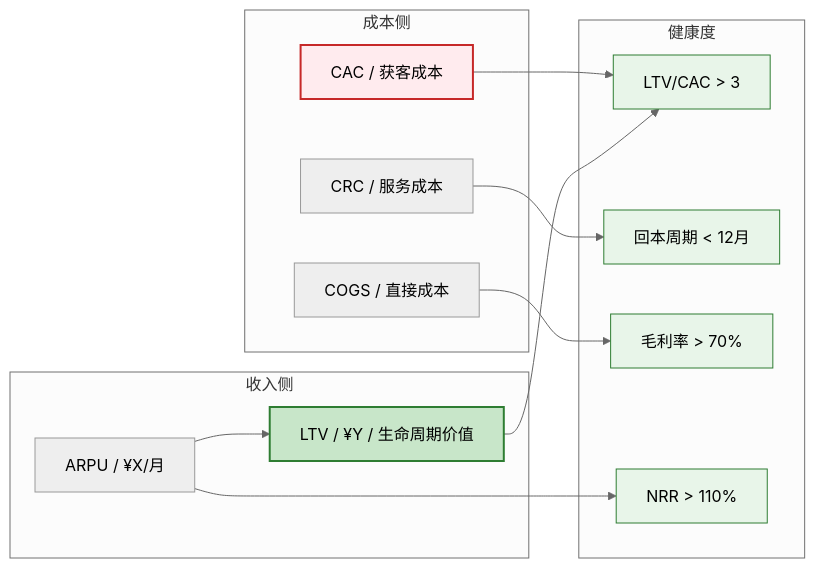
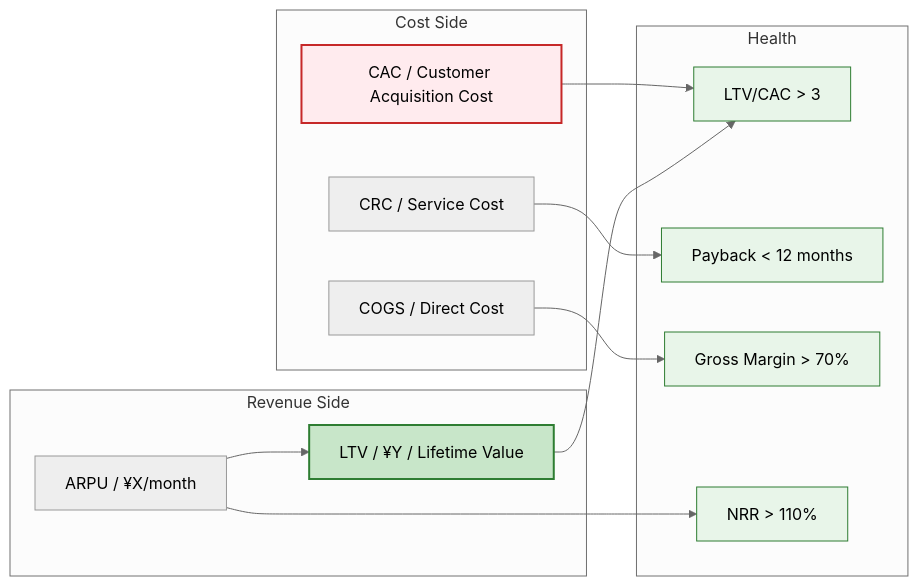
Diagram 13 of 15 in templates/【模板】商业模式文档.md (Kirky-X/cangjie), drawn with Mermaid (neutral theme) before and after one commit. The commit also changed other lines of this file and 60 other files, not shown here.

````diff
--- a/templates/【模板】商业模式文档.md
+++ b/templates/【模板】商业模式文档.md
@@ -492,34 +492,34 @@
 ```mermaid
 graph LR
-    subgraph 收入侧
-        ARPU[ARPU / ¥X/月]
-        LTV[LTV / ¥Y / 生命周期价值]
+    subgraph Revenue Side
+        ARPU[ARPU / ¥X/month]
+        LTV[LTV / ¥Y / Lifetime Value]
     end
 
-    subgraph 成本侧
-        CAC[CAC / 获客成本]
-        CRC[CRC / 服务成本]
-        COGS[COGS / 直接成本]
+    subgraph Cost Side
+        CAC[CAC / Customer Acquisition Cost]
+        CRC[CRC / Service Cost]
+        COGS[COGS / Direct Cost]
     end
 
-    subgraph 健康度
+    subgraph Health
         R1[LTV/CAC > 3]
-        R2[回本周期 < 12月]
-        R3[毛利率 > 70%]
+        R2[Payback < 12 months]
+        R3[Gross Margin > 70%]
         R4[NRR > 110%]
     end
 
     ARPU --> LTV
     CAC --> R1
     LTV --> R1
     CRC --> R2
     COGS --> R3
     ARPU --> R4
 
     style LTV fill:#c8e6c9,stroke:#2e7d32,stroke-width:2px
     style CAC fill:#ffebee,stroke:#c62828,stroke-width:2px
     style R1 fill:#e8f5e9,stroke:#2e7d32
     style R2 fill:#e8f5e9,stroke:#2e7d32
     style R3 fill:#e8f5e9,stroke:#2e7d32
     style R4 fill:#e8f5e9,stroke:#2e7d32
 ```
````
